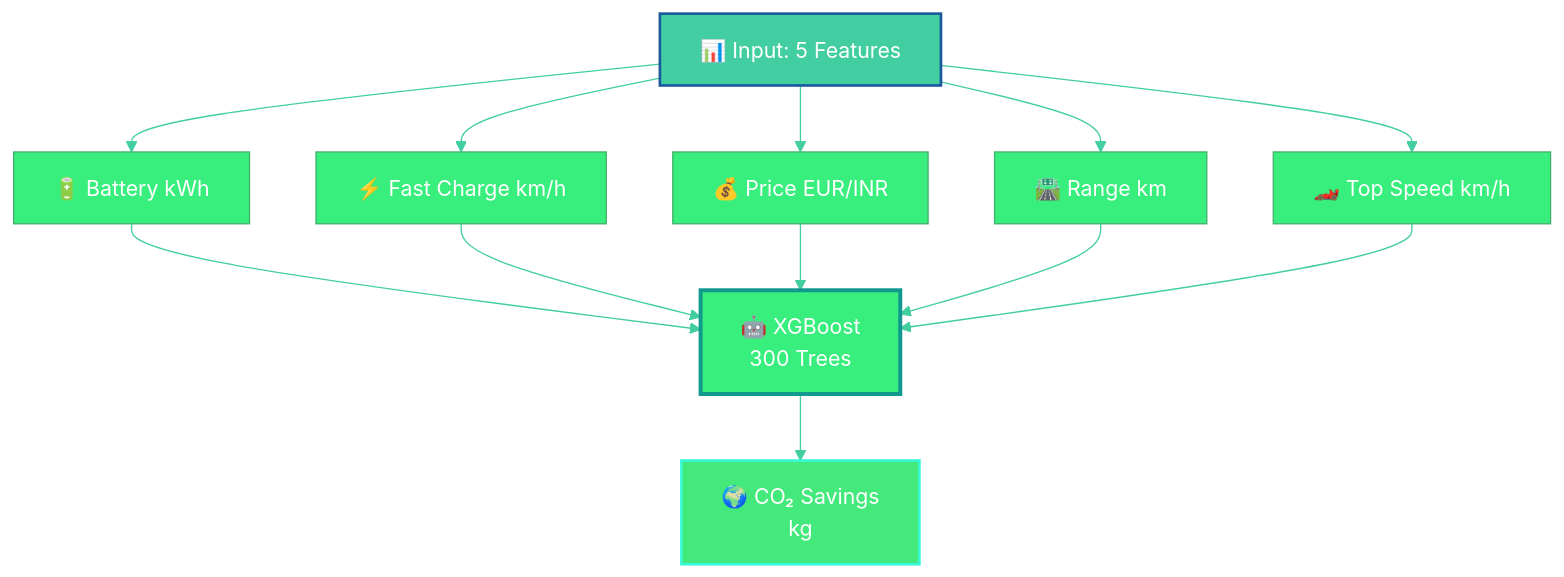
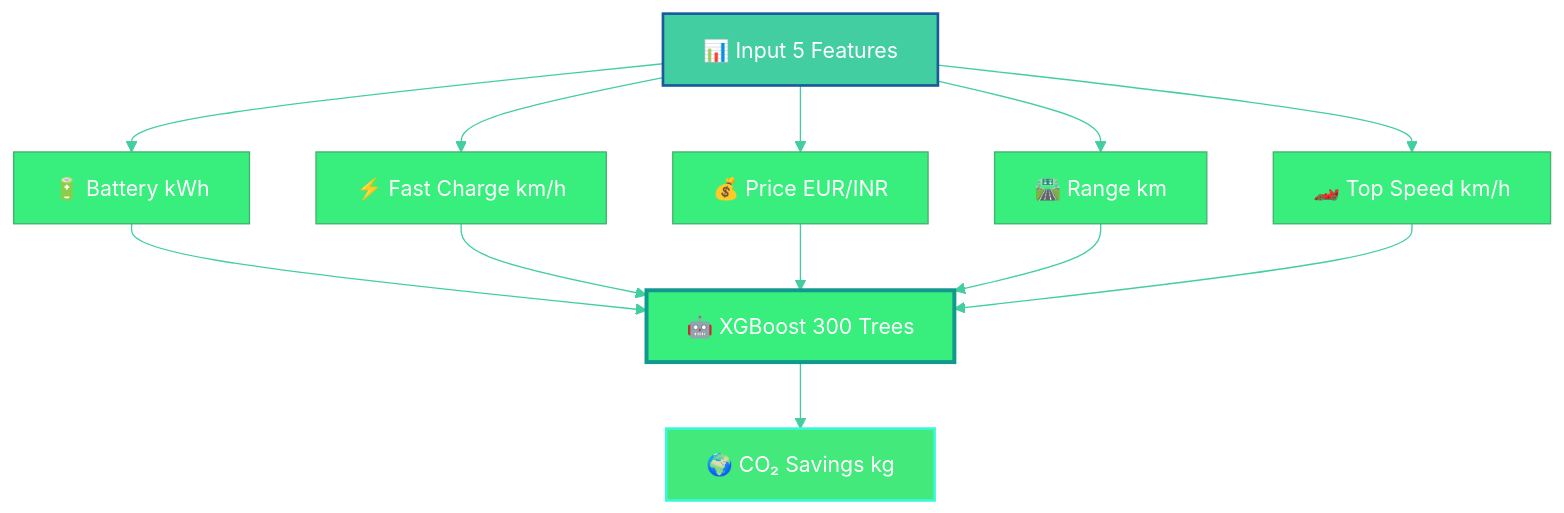
One commit to Itsshraddha/EVerGreen changed the fifth of 15 diagrams in README.md. Above: the diagram before and after it, drawn with Mermaid. The commit also changed other lines of this file, not shown here.

````diff
--- a/README.md
+++ b/README.md
@@ -542,21 +541,21 @@
 ```mermaid
 %%{init: {'theme':'base', 'themeVariables': { 'primaryColor':'#38ef7d','primaryTextColor':'#fff','lineColor':'#43cea2'}}}%%
 flowchart TD
-    A[📊 Input: 5 Features] --> B[🔋 Battery kWh]
+    A[📊 Input 5 Features] --> B[🔋 Battery kWh]
     A --> C[⚡ Fast Charge km/h]
     A --> D[💰 Price EUR/INR]
     A --> E[🛣️ Range km]
     A --> F[🏎️ Top Speed km/h]
     
-    B --> G[🤖 XGBoost<br/>300 Trees]
+    B --> G[🤖 XGBoost 300 Trees]
     C --> G
     D --> G
     E --> G
     F --> G
     
-    G --> H[🌍 CO₂ Savings<br/>kg]
+    G --> H[🌍 CO₂ Savings kg]
     
     style A fill:#43cea2,stroke:#185a9d,stroke-width:2px,color:#fff
     style G fill:#38ef7d,stroke:#11998e,stroke-width:3px,color:#fff
     style H fill:#43e97b,stroke:#38f9d7,stroke-width:2px,color:#fff
 ```
````
